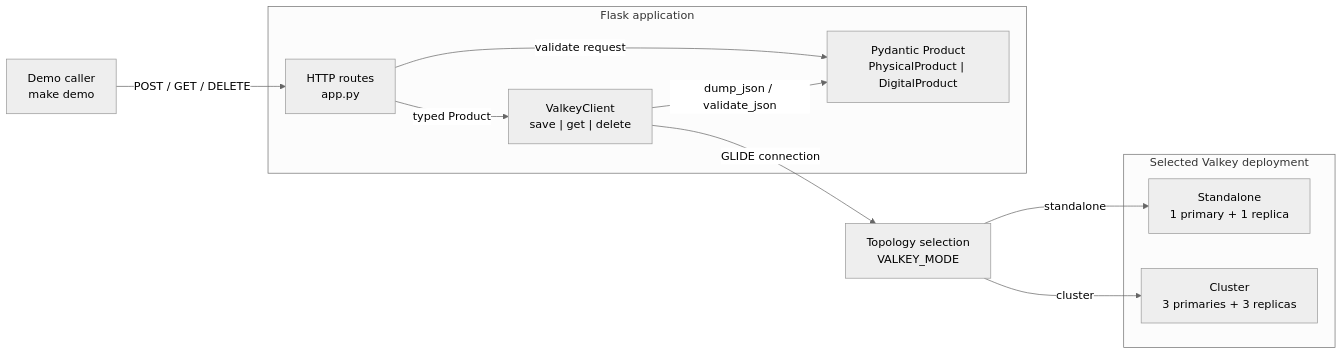
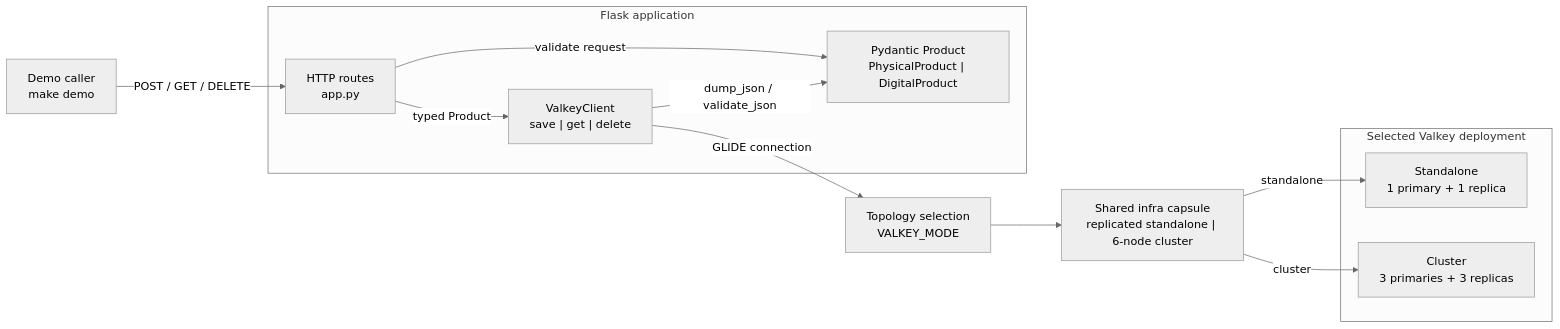
One commit to rlunar/valkey-examples changed the first of 2 diagrams in examples/data-structures/validated-object-storage-python-flask/README.md. Above: the diagram before and after it, drawn with Mermaid (neutral theme). The commit also changed other lines of this file and 167 other files, not shown here.

````diff
--- a/examples/data-structures/validated-object-storage-python-flask/README.md
+++ b/examples/data-structures/validated-object-storage-python-flask/README.md
@@ -33,26 +76,28 @@
 ```mermaid
 flowchart LR
     caller["Demo caller<br/>make demo"]
 
     subgraph application["Flask application"]
         flask["HTTP routes<br/>app.py"]
         model["Pydantic Product<br/>PhysicalProduct | DigitalProduct"]
         client["ValkeyClient<br/>save | get | delete"]
 
         flask -->|"validate request"| model
         flask -->|"typed Product"| client
         client -->|"dump_json / validate_json"| model
     end
 
     topology["Topology selection<br/>VALKEY_MODE"]
+    infra["Shared infra capsule<br/>replicated standalone | 6-node cluster"]
 
     subgraph deployment["Selected Valkey deployment"]
         standalone["Standalone<br/>1 primary + 1 replica"]
         cluster["Cluster<br/>3 primaries + 3 replicas"]
     end
 
     caller -->|"POST / GET / DELETE"| flask
     client -->|"GLIDE connection"| topology
-    topology -->|"standalone"| standalone
-    topology -->|"cluster"| cluster
+    topology --> infra
+    infra -->|"standalone"| standalone
+    infra -->|"cluster"| cluster
 ```
````
